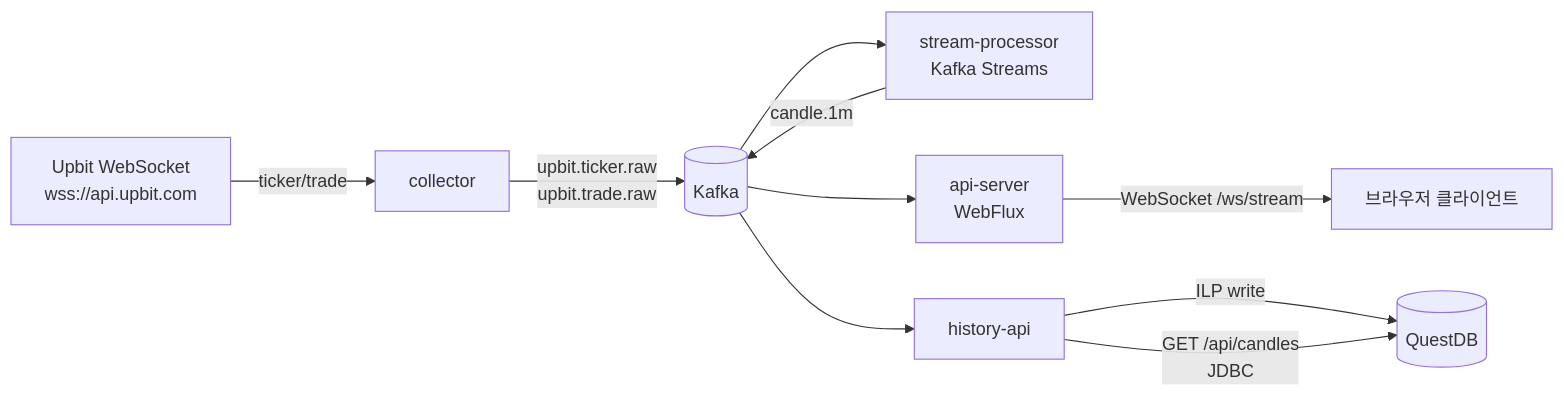
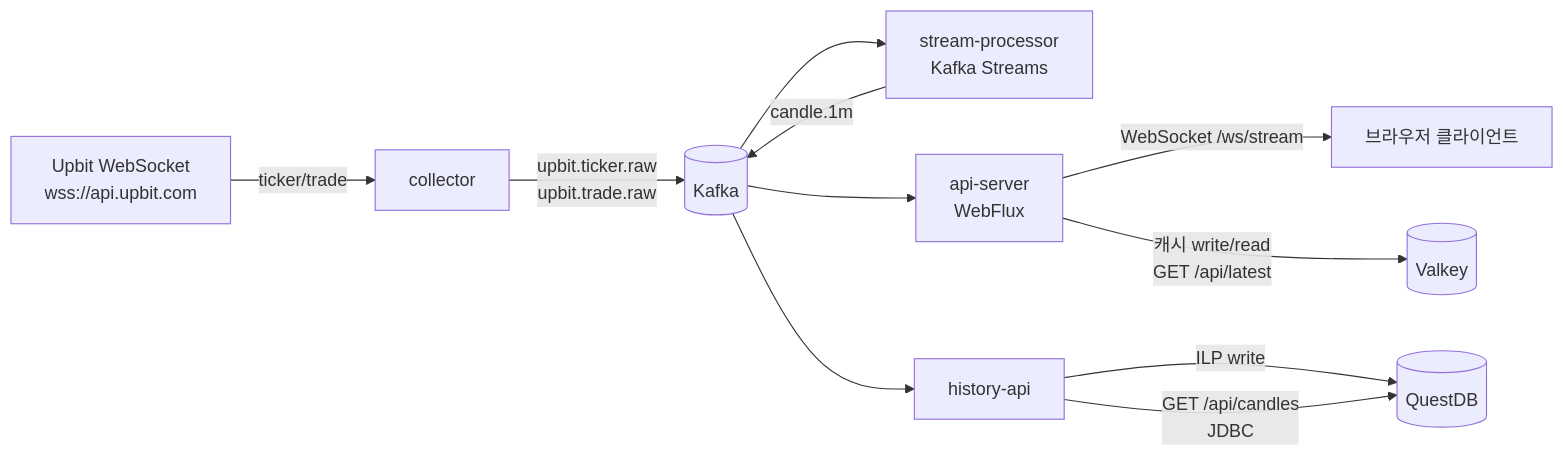
The first of 2 diagrams in README.md (ShinSungRok/upbit-price-stream), drawn with Mermaid before and after one commit. The commit also changed other lines of this file, not shown here.

Commit message:
README: Valkey 캐시 레이어 완료 반영

````diff
--- a/README.md
+++ b/README.md
@@ -23,12 +23,13 @@
 ```mermaid
 graph LR
     U[Upbit WebSocket<br/>wss://api.upbit.com] -->|ticker/trade| C[collector]
     C -->|upbit.ticker.raw<br/>upbit.trade.raw| K[(Kafka)]
     K --> SP[stream-processor<br/>Kafka Streams]
     SP -->|candle.1m| K
     K --> API[api-server<br/>WebFlux]
     API -->|WebSocket /ws/stream| CLIENT[브라우저 클라이언트]
+    API -->|캐시 write/read<br/>GET /api/latest| VK[(Valkey)]
     K --> HA[history-api]
     HA -->|ILP write| QDB[(QuestDB)]
     HA -->|GET /api/candles<br/>JDBC| QDB
 ```
````
